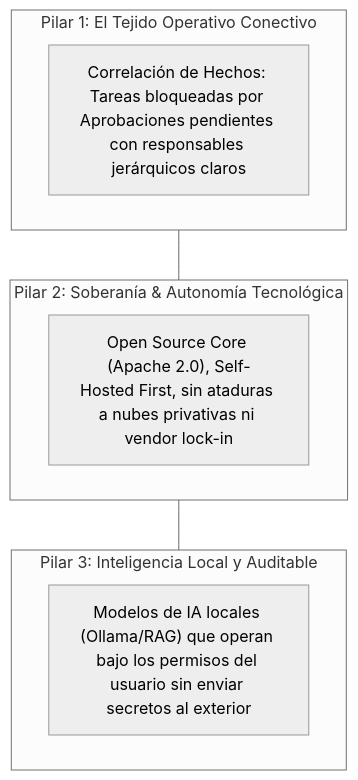
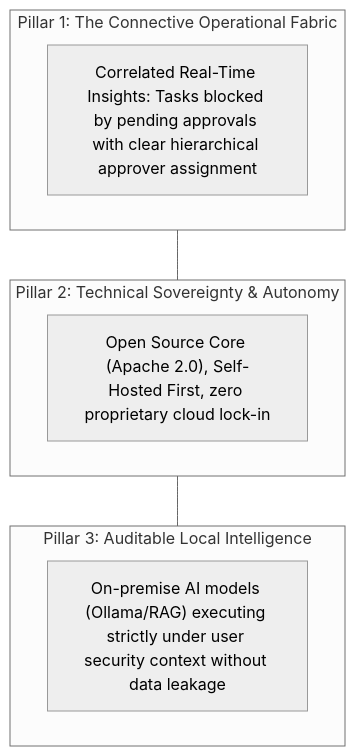
One commit to daniel2004-lsd/worksphere-docs changed the diagram in 03-product/vision.md. Above: the diagram before and after it, drawn with Mermaid (neutral theme). The commit also changed other lines of this file and 22 other files, not shown here.

Commit message:
docs(all): complete english enterprise architecture, security policy, non-functional requirements and EcoRuteandoDb liquibase governance (#4)

````diff
--- a/03-product/vision.md
+++ b/03-product/vision.md
@@ -23,16 +23,16 @@
 ```mermaid
 flowchart TD
-    subgraph P1["Pilar 1: El Tejido Operativo Conectivo"]
-        D1["Correlación de Hechos: Tareas bloqueadas por Aprobaciones pendientes con responsables jerárquicos claros"]
+    subgraph P1["Pillar 1: The Connective Operational Fabric"]
+        D1["Correlated Real-Time Insights: Tasks blocked by pending approvals with clear hierarchical approver assignment"]
     end
 
-    subgraph P2["Pilar 2: Soberanía & Autonomía Tecnológica"]
-        D2["Open Source Core (Apache 2.0), Self-Hosted First, sin ataduras a nubes privativas ni vendor lock-in"]
+    subgraph P2["Pillar 2: Technical Sovereignty & Autonomy"]
+        D2["Open Source Core (Apache 2.0), Self-Hosted First, zero proprietary cloud lock-in"]
     end
 
-    subgraph P3["Pilar 3: Inteligencia Local y Auditable"]
-        D3["Modelos de IA locales (Ollama/RAG) que operan bajo los permisos del usuario sin enviar secretos al exterior"]
+    subgraph P3["Pillar 3: Auditable Local Intelligence"]
+        D3["On-premise AI models (Ollama/RAG) executing strictly under user security context without data leakage"]
     end
 
     P1 --- P2 --- P3
 ```
````
